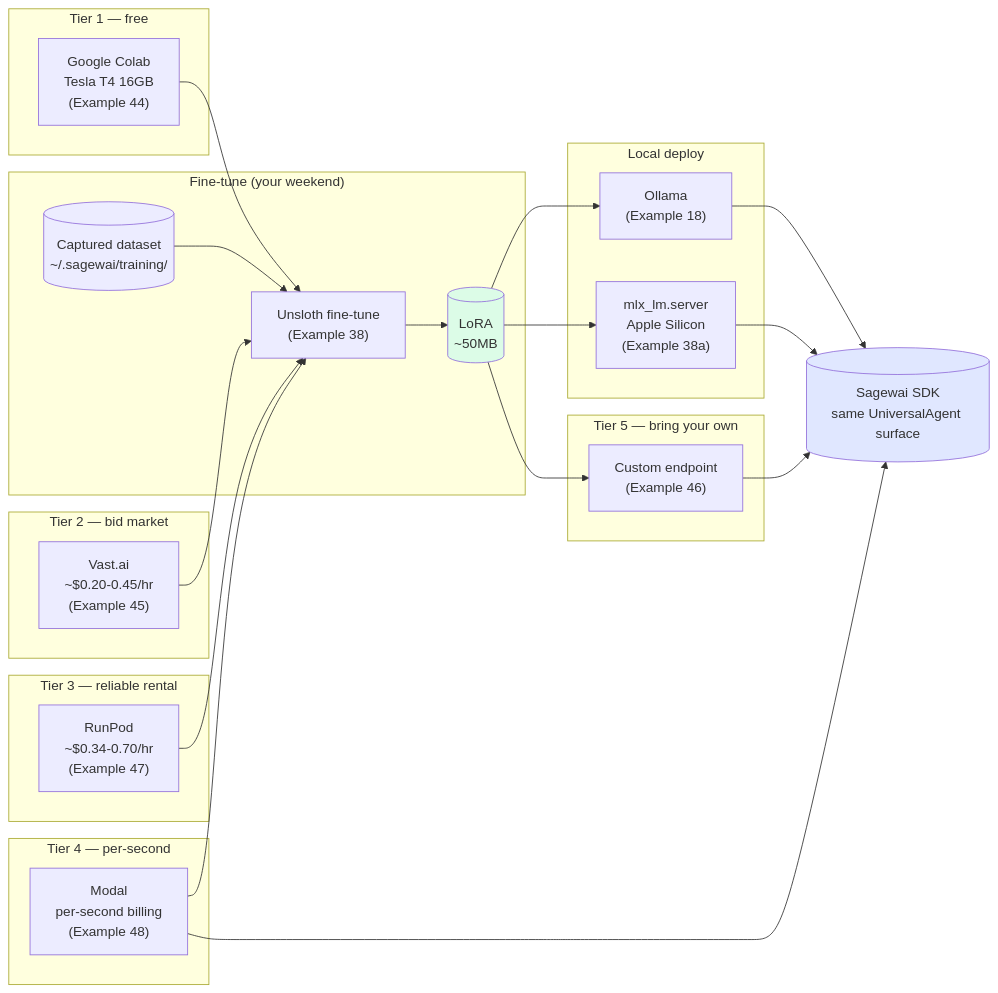
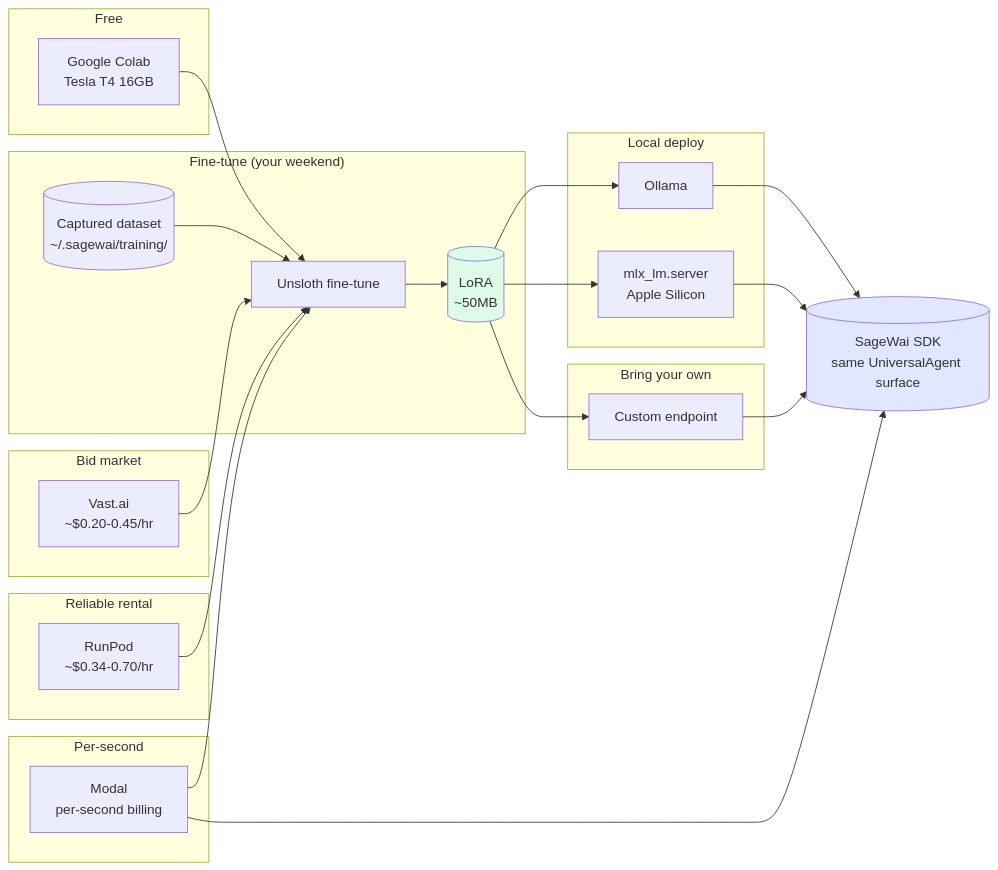
One commit to sagewai/platform changed the diagram in apps/docs/app/docs/lighthouse/inference-deployment/page.mdx. Above: the diagram before and after it, drawn with Mermaid. The commit also changed other lines of this file and 11 other files, not shown here.

````diff
--- a/apps/docs/app/docs/lighthouse/inference-deployment/page.mdx
+++ b/apps/docs/app/docs/lighthouse/inference-deployment/page.mdx
@@ -21,52 +17,52 @@
 ```mermaid
 flowchart LR
     subgraph Training["Fine-tune (your weekend)"]
         DS[("Captured dataset<br/>~/.sagewai/training/")]
-        Tune["Unsloth fine-tune<br/>(Example 38)"]
+        Tune["Unsloth fine-tune"]
         LoRA[("LoRA<br/>~50MB")]
     end
 
-    subgraph Free["Tier 1 — free"]
-        Colab["Google Colab<br/>Tesla T4 16GB<br/>(Example 44)"]
+    subgraph Free["Free"]
+        Colab["Google Colab<br/>Tesla T4 16GB"]
     end
 
-    subgraph Bid["Tier 2 — bid market"]
-        Vast["Vast.ai<br/>~$0.20-0.45/hr<br/>(Example 45)"]
+    subgraph Bid["Bid market"]
+        Vast["Vast.ai<br/>~$0.20-0.45/hr"]
     end
 
-    subgraph Reliable["Tier 3 — reliable rental"]
-        RunPod["RunPod<br/>~$0.34-0.70/hr<br/>(Example 47)"]
+    subgraph Reliable["Reliable rental"]
+        RunPod["RunPod<br/>~$0.34-0.70/hr"]
     end
 
-    subgraph Serverless["Tier 4 — per-second"]
-        Modal["Modal<br/>per-second billing<br/>(Example 48)"]
+    subgraph Serverless["Per-second"]
+        Modal["Modal<br/>per-second billing"]
     end
 
-    subgraph BYO["Tier 5 — bring your own"]
-        Custom["Custom endpoint<br/>(Example 46)"]
+    subgraph BYO["Bring your own"]
+        Custom["Custom endpoint"]
     end
 
     subgraph Deploy["Local deploy"]
-        Ollama["Ollama<br/>(Example 18)"]
-        MLX["mlx_lm.server<br/>Apple Silicon<br/>(Example 38a)"]
+        Ollama["Ollama"]
+        MLX["mlx_lm.server<br/>Apple Silicon"]
     end
 
-    Sage[("Sagewai SDK<br/>same UniversalAgent surface")]
+    Sage[("SageWai SDK<br/>same UniversalAgent surface")]
 
     DS --> Tune
     Colab --> Tune
     Vast --> Tune
     RunPod --> Tune
     Modal --> Tune
     Tune --> LoRA
     LoRA --> Ollama
     LoRA --> MLX
     LoRA --> Custom
     Ollama --> Sage
     MLX --> Sage
     Custom --> Sage
     Modal --> Sage
 
     style LoRA fill:#dcfce7
     style Sage fill:#e0e7ff
 ```
````
